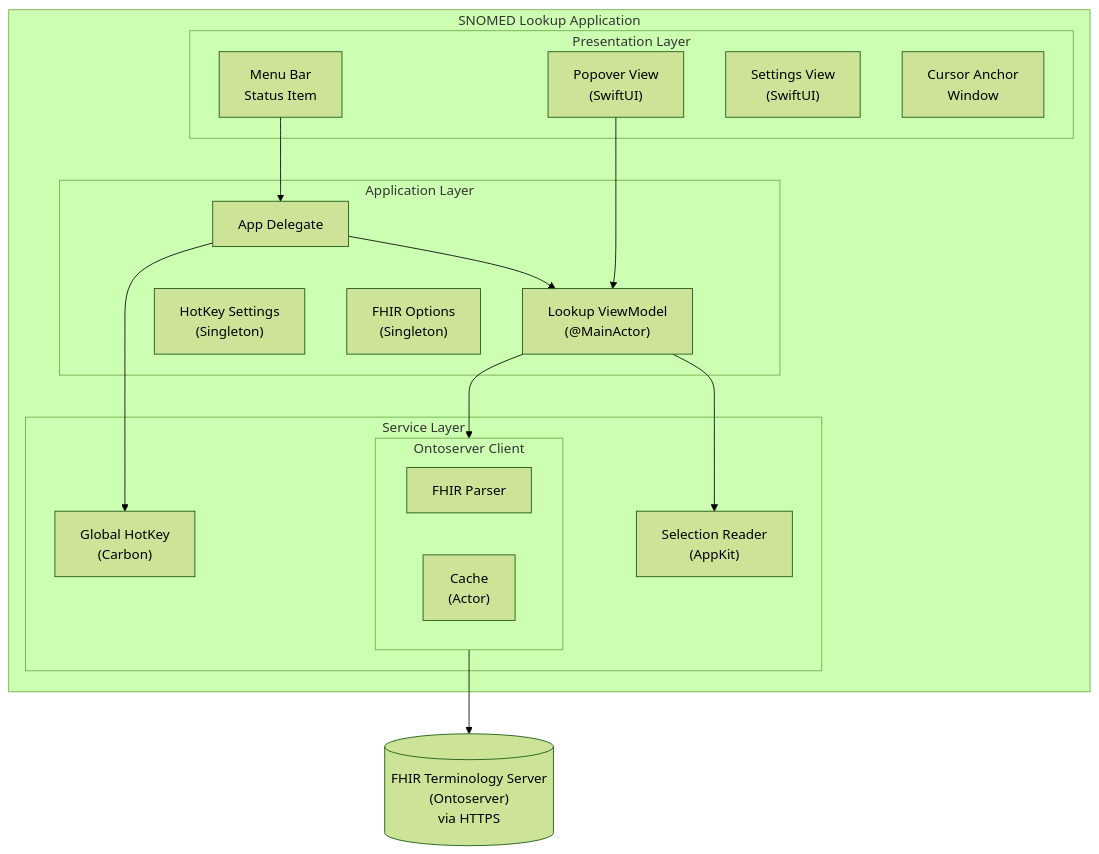
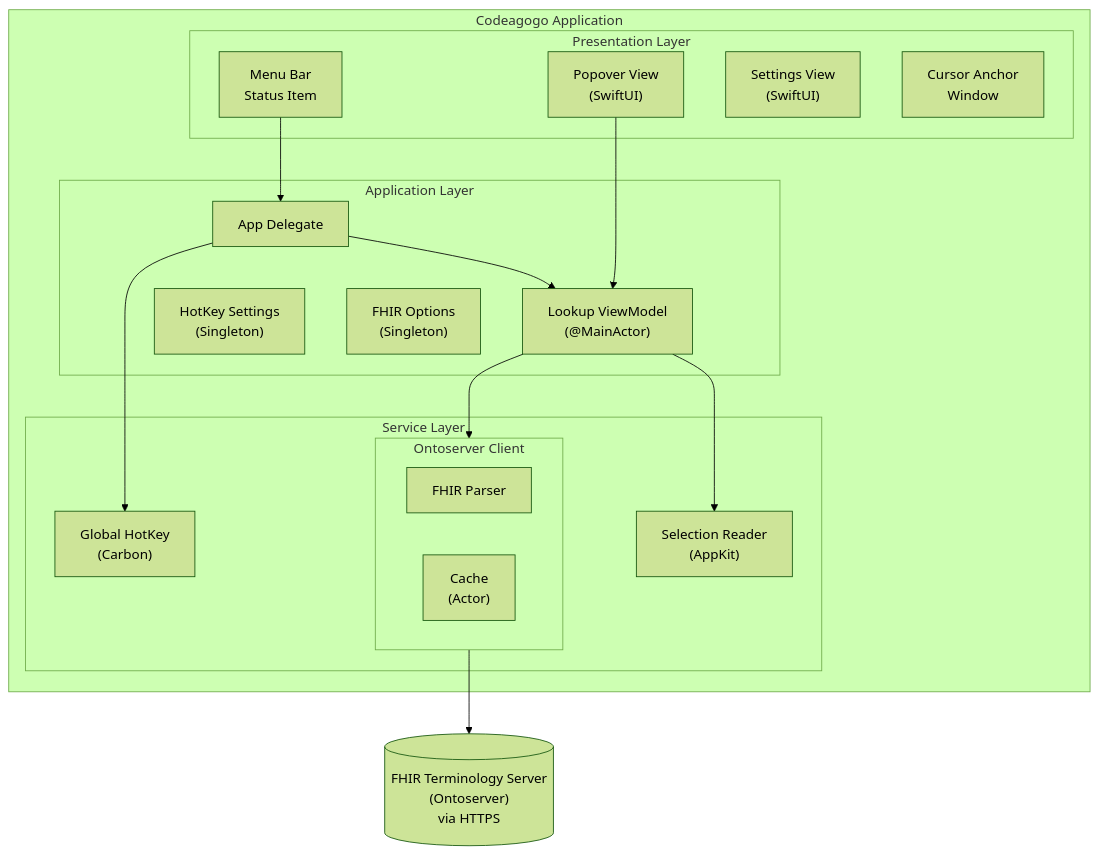
The first of 3 diagrams in ARCHITECTURE.md (aehrc/codeagogo), drawn with Mermaid (forest theme) before and after one commit. The commit also changed other lines of this file and 104 other files, not shown here.

Commit message:
chore: rename app from SNOMED Lookup to Codeagogo

````diff
--- a/ARCHITECTURE.md
+++ b/ARCHITECTURE.md
@@ -32,37 +32,37 @@
 ```mermaid
 flowchart TB
-    subgraph App["SNOMED Lookup Application"]
+    subgraph App["Codeagogo Application"]
         subgraph Presentation["Presentation Layer"]
             MenuBar["Menu Bar<br/>Status Item"]
             Popover["Popover View<br/>(SwiftUI)"]
             Settings["Settings View<br/>(SwiftUI)"]
             Cursor["Cursor Anchor<br/>Window"]
         end
 
         subgraph Application["Application Layer"]
             AppDelegate["App Delegate"]
             ViewModel["Lookup ViewModel<br/>(@MainActor)"]
             HotKeySettings["HotKey Settings<br/>(Singleton)"]
             FHIROptions["FHIR Options<br/>(Singleton)"]
         end
 
         subgraph Service["Service Layer"]
             GlobalHotKey["Global HotKey<br/>(Carbon)"]
             SelectionReader["Selection Reader<br/>(AppKit)"]
             subgraph OntoClient["Ontoserver Client"]
                 FHIRParser["FHIR Parser"]
                 Cache["Cache<br/>(Actor)"]
             end
         end
     end
 
     Server[("FHIR Terminology Server<br/>(Ontoserver)<br/>via HTTPS")]
 
     MenuBar --> AppDelegate
     Popover --> ViewModel
     AppDelegate --> ViewModel
     AppDelegate --> GlobalHotKey
     ViewModel --> SelectionReader
     ViewModel --> OntoClient
     OntoClient --> Server
 ```
````
